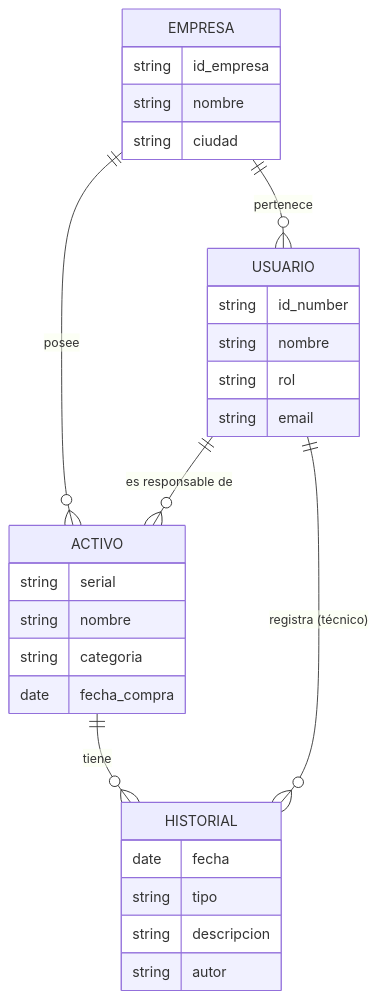
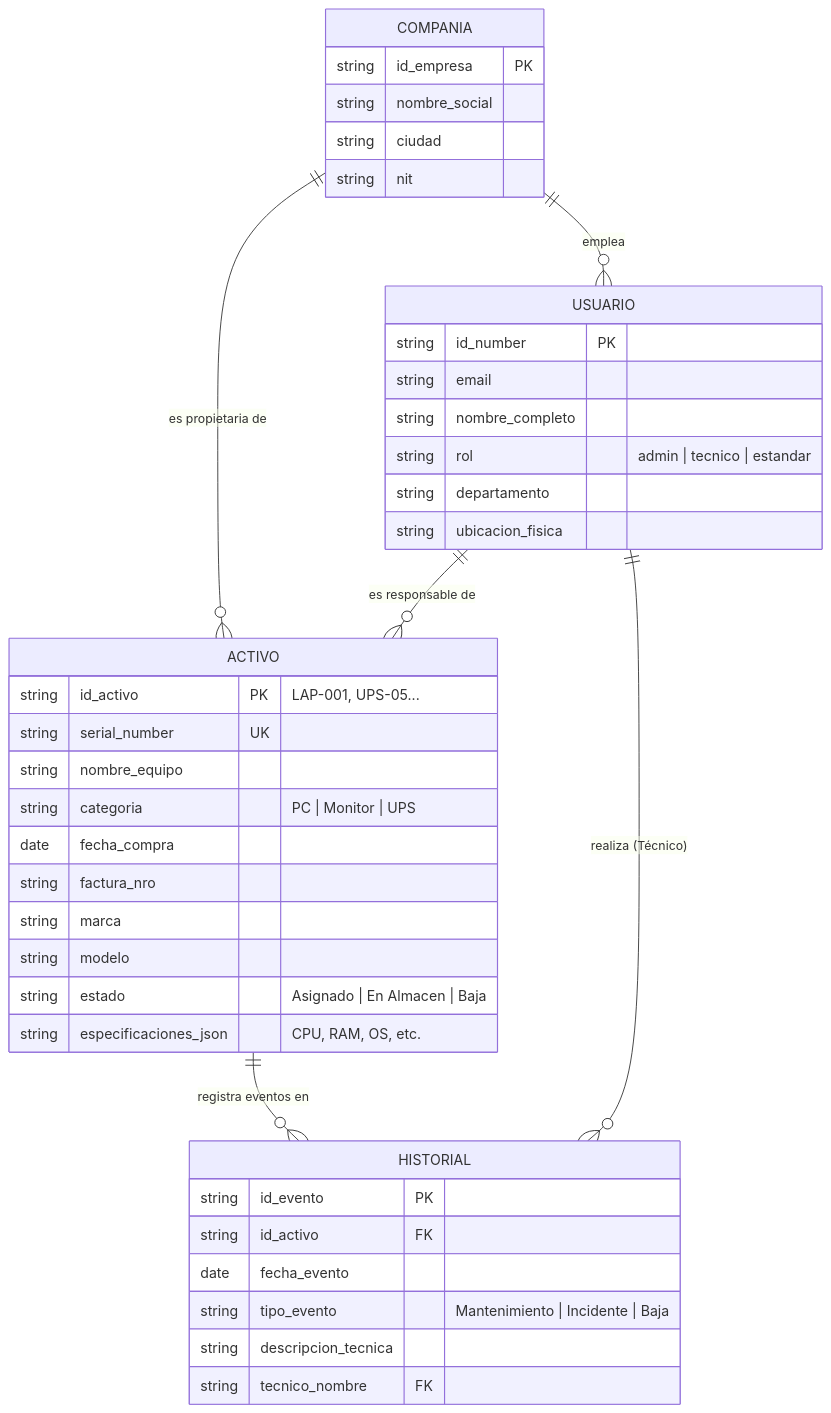
The fourth of 4 diagrams in DIAGRAMAS.md (KaicerPirata/Proyecto), drawn with Mermaid before and after one commit. The commit also changed other lines of this file, not shown here.

Commit message:
puedes hacer supremamente detallado estos diagramas que te pase ya que e

````diff
--- a/DIAGRAMAS.md
+++ b/DIAGRAMAS.md
@@ -87,35 +112,46 @@
 ```mermaid
 erDiagram
-    EMPRESA ||--o{ USUARIO : "pertenece"
-    EMPRESA ||--o{ ACTIVO : "posee"
+    COMPANIA ||--o{ USUARIO : "emplea"
+    COMPANIA ||--o{ ACTIVO : "es propietaria de"
     USUARIO ||--o{ ACTIVO : "es responsable de"
-    ACTIVO ||--o{ HISTORIAL : "tiene"
-    USUARIO ||--o{ HISTORIAL : "registra (técnico)"
+    ACTIVO ||--o{ HISTORIAL : "registra eventos en"
+    USUARIO ||--o{ HISTORIAL : "realiza (Técnico)"
 
-    EMPRESA {
-        string id_empresa
-        string nombre
+    COMPANIA {
+        string id_empresa PK
+        string nombre_social
         string ciudad
+        string nit
     }
 
     USUARIO {
-        string id_number
-        string nombre
-        string rol
+        string id_number PK
         string email
+        string nombre_completo
+        string rol "admin | tecnico | estandar"
+        string departamento
+        string ubicacion_fisica
     }
 
     ACTIVO {
-        string serial
-        string nombre
-        string categoria
+        string id_activo PK "LAP-001, UPS-05..."
+        string serial_number UK
+        string nombre_equipo
+        string categoria "PC | Monitor | UPS"
         date fecha_compra
+        string factura_nro
+        string marca
+        string modelo
+        string estado "Asignado | En Almacen | Baja"
+        string especificaciones_json "CPU, RAM, OS, etc."
     }
 
     HISTORIAL {
-        date fecha
-        string tipo
-        string descripcion
-        string autor
+        string id_evento PK
+        string id_activo FK
+        date fecha_evento
+        string tipo_evento "Mantenimiento | Incidente | Baja"
+        string descripcion_tecnica
+        string tecnico_nombre FK
     }
 ```
````
